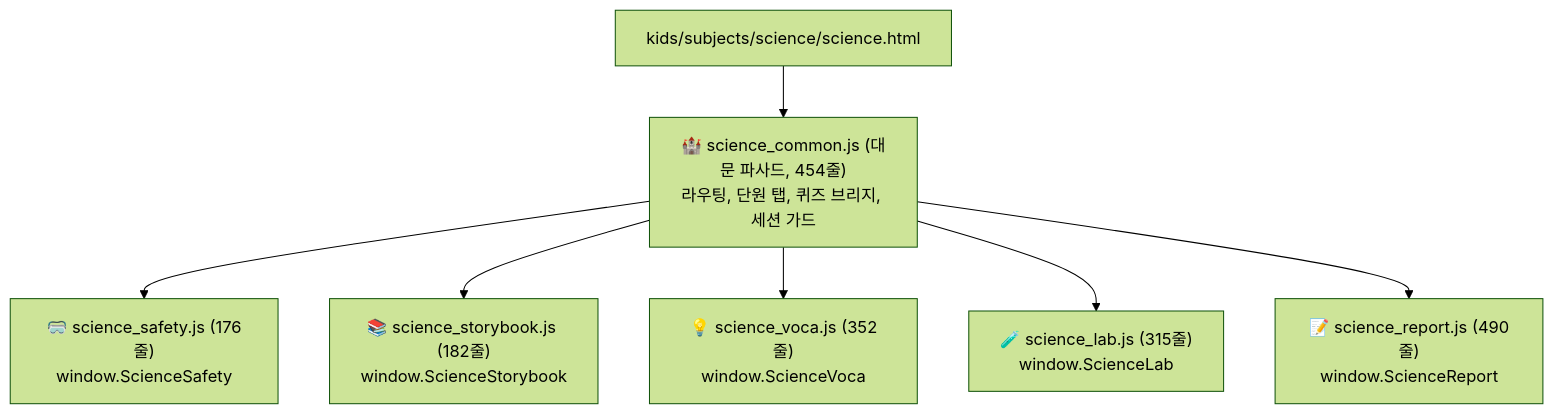
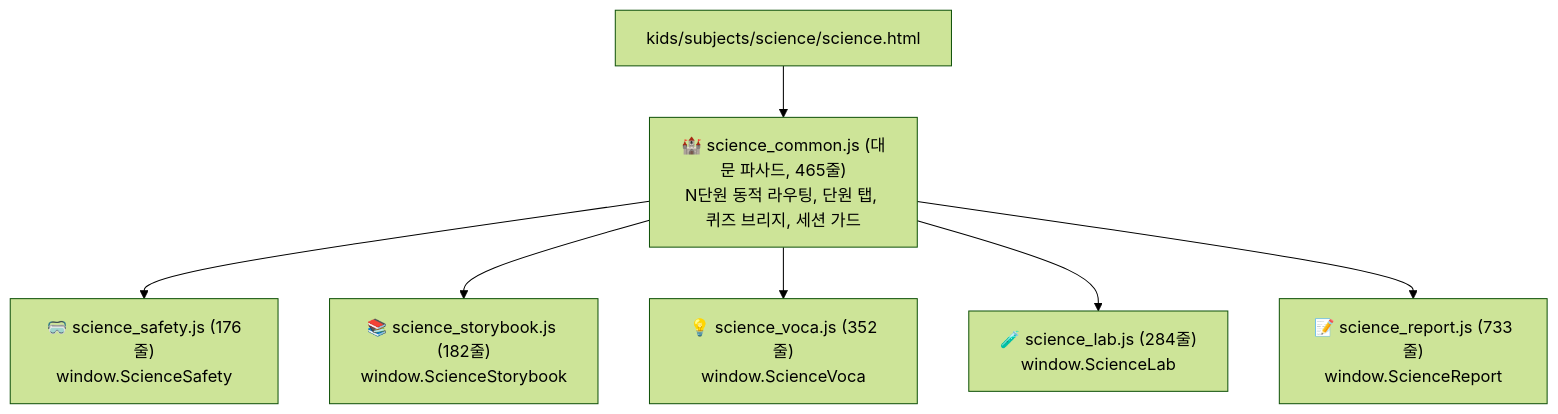
One commit to awslike6-web/kids-school changed the second of 2 diagrams in docs/science_spec.md. Above: the diagram before and after it, drawn with Mermaid (forest theme). The commit also changed other lines of this file and 8 other files, not shown here.

Commit message:
feat(science): N단원 플러그앤플레이 탐구보고서 엔진 일반화 및 science-unit-builder 스킬·파이프라인 표준화

````diff
--- a/docs/science_spec.md
+++ b/docs/science_spec.md
@@ -57,10 +57,10 @@
 ```mermaid
 graph TD
-    HTML["kids/subjects/science/science.html"] --> Facade["🏰 science_common.js (대문 파사드, 454줄)<br>라우팅, 단원 탭, 퀴즈 브리지, 세션 가드"]
+    HTML["kids/subjects/science/science.html"] --> Facade["🏰 science_common.js (대문 파사드, 465줄)<br>N단원 동적 라우팅, 단원 탭, 퀴즈 브리지, 세션 가드"]
     
     Facade --> S0["🥽 science_safety.js (176줄)<br>window.ScienceSafety"]
     Facade --> S1["📚 science_storybook.js (182줄)<br>window.ScienceStorybook"]
     Facade --> S2["💡 science_voca.js (352줄)<br>window.ScienceVoca"]
-    Facade --> S3["🧪 science_lab.js (315줄)<br>window.ScienceLab"]
-    Facade --> S4["📝 science_report.js (490줄)<br>window.ScienceReport"]
+    Facade --> S3["🧪 science_lab.js (284줄)<br>window.ScienceLab"]
+    Facade --> S4["📝 science_report.js (733줄)<br>window.ScienceReport"]
 ```
````
